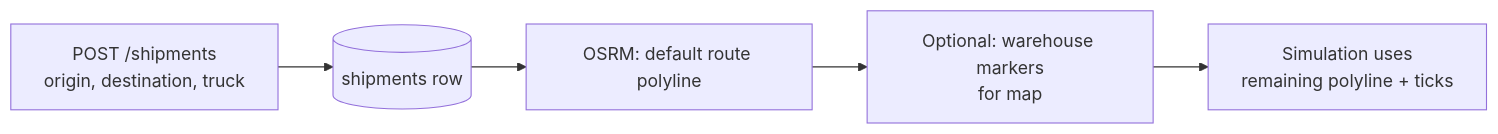
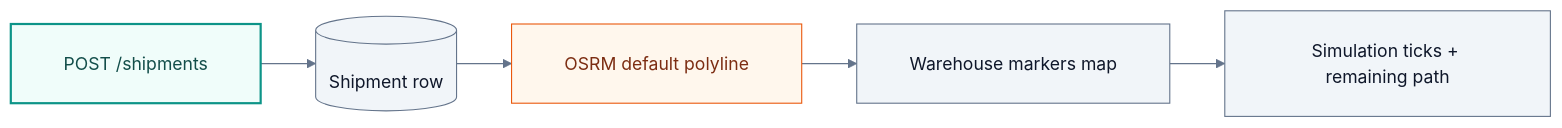
Before and after one commit to dhanyakini/PharmAI-Chain: the seventh of 7 diagrams in docs/FLOWCHARTS.md, drawn with Mermaid. The commit also changed other lines of this file and 8 other files, not shown here.

Commit message:
Update documentation to include architecture diagrams and PNG export instructions in README and FLOWCHARTS.md

````diff
--- a/docs/FLOWCHARTS.md
+++ b/docs/FLOWCHARTS.md
@@ -198,7 +224,16 @@
 ```mermaid
+%%{init: {'theme':'base','themeVariables':{'primaryColor':'#0d9488','lineColor':'#64748b'},'flowchart':{'curve':'basis','padding':24}}}%%
 flowchart LR
-  A[POST /shipments\norigin, destination, truck] --> B[(shipments row)]
-  B --> C[OSRM: default route polyline]
-  C --> D[Optional: warehouse markers\nfor map]
-  D --> E[Simulation uses\nremaining polyline + ticks]
+  classDef api fill:#f0fdfa,stroke:#0d9488,stroke-width:2px,color:#134e4a
+  classDef data fill:#f1f5f9,stroke:#64748b,color:#0f172a
+  classDef ext fill:#fff7ed,stroke:#ea580c,color:#7c2d12
+
+  A["POST /shipments"] --> B[("Shipment row")]
+  B --> C["OSRM default polyline"]
+  C --> D["Warehouse markers map"]
+  D --> E["Simulation ticks + remaining path"]
+
+  class A api
+  class B,D,E data
+  class C ext
 ```
````
